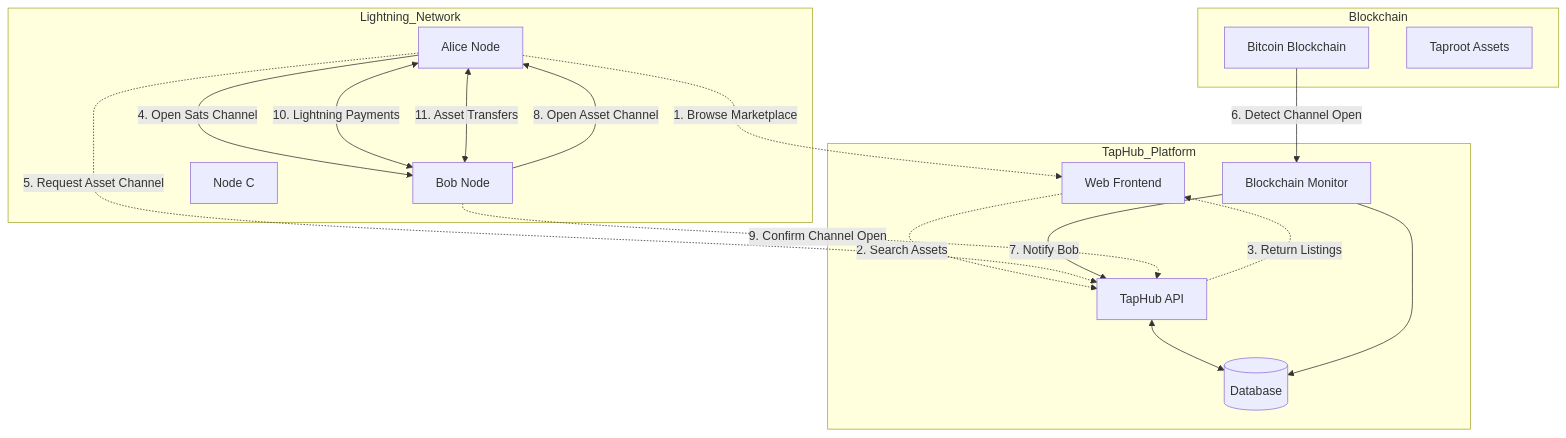
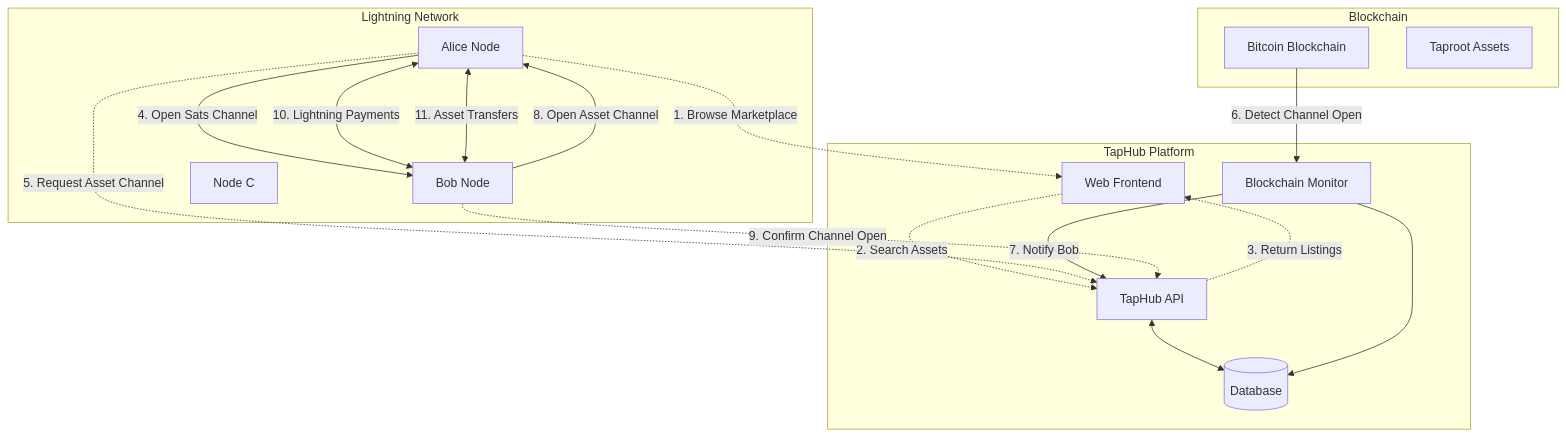
Before and after one commit to bitcoin-coder-bob/TapHub: the first of 4 diagrams in docs/taphub-architecture.md, drawn with Mermaid.

````diff
--- a/docs/taphub-architecture.md
+++ b/docs/taphub-architecture.md
@@ -9,39 +9,39 @@
 ```mermaid
-graph TB
-    subgraph TapHub_Platform
+flowchart TB
+    subgraph Platform[TapHub Platform]
         WEB[Web Frontend]
         API[TapHub API]
         MONITOR[Blockchain Monitor]
         DB[(Database)]
     end
 
-    subgraph Lightning_Network
+    subgraph Network[Lightning Network]
         ALICE[Alice Node]
         BOB[Bob Node]
         NODE_C[Node C]
     end
 
-    subgraph Blockchain
+    subgraph Chain[Blockchain]
         BTC[Bitcoin Blockchain]
         TAP[Taproot Assets]
     end
 
     ALICE -.->|1. Browse Marketplace| WEB
     WEB -.->|2. Search Assets| API
     API -.->|3. Return Listings| WEB
     
     ALICE -->|4. Open Sats Channel| BOB
     ALICE -.->|5. Request Asset Channel| API
     
     BTC -->|6. Detect Channel Open| MONITOR
     MONITOR -->|7. Notify Bob| API
     
     BOB -->|8. Open Asset Channel| ALICE
     BOB -.->|9. Confirm Channel Open| API
     
     ALICE <-->|10. Lightning Payments| BOB
     ALICE <-->|11. Asset Transfers| BOB
     
     API <--> DB
     MONITOR --> DB
 ```
````
